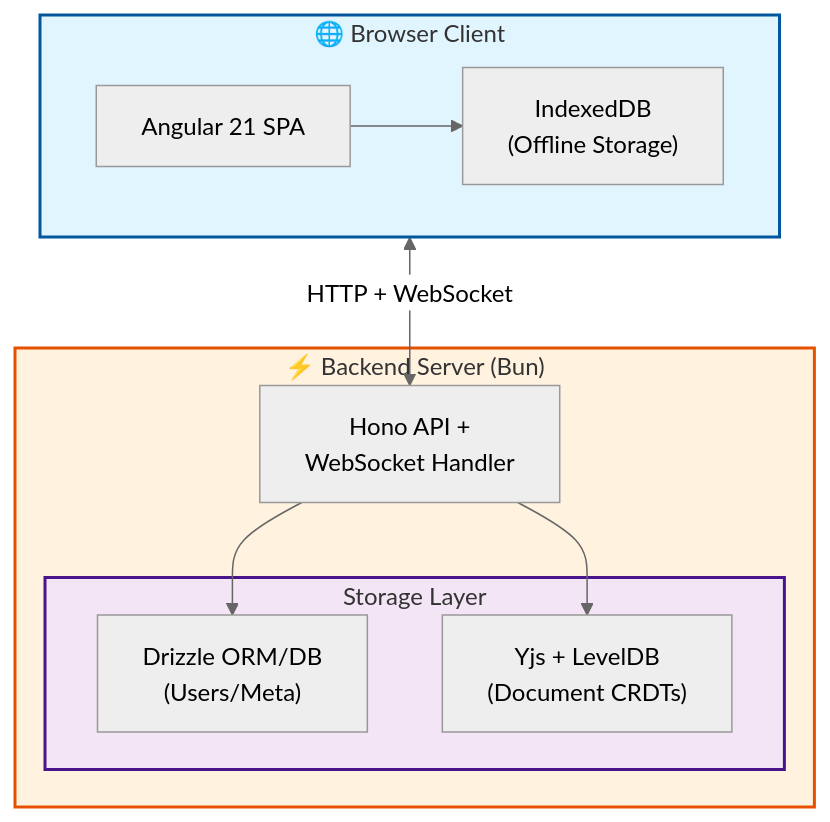
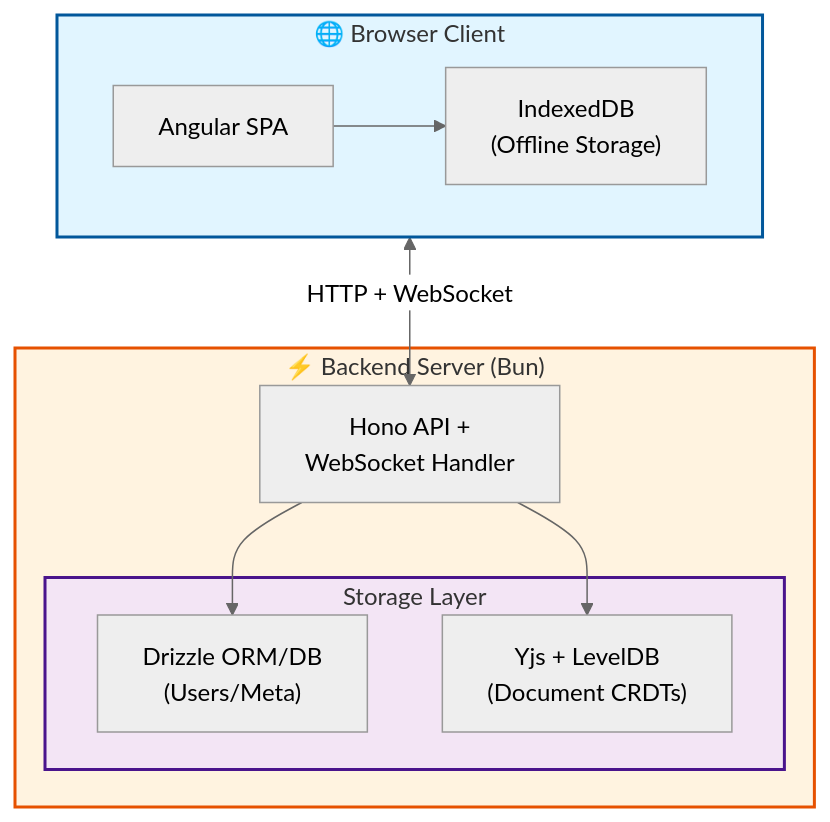
One commit to bobbyquantum/inkweld changed the first of 9 diagrams in docs/site/docs/developer/architecture.md. Above: the diagram before and after it, drawn with Mermaid. The commit also changed other lines of this file and 8 other files, not shown here.

````diff
--- a/docs/site/docs/developer/architecture.md
+++ b/docs/site/docs/developer/architecture.md
@@ -12,27 +12,27 @@
 ```mermaid
 %%{init: {'theme':'neutral'}}%%
 graph TB
     subgraph Browser["🌐 Browser Client"]
-        Angular["Angular 21 SPA"]
+        Angular["Angular SPA"]
         IndexedDB["IndexedDB<br/>(Offline Storage)"]
         Angular --> IndexedDB
     end
 
     subgraph Backend["⚡ Backend Server (Bun)"]
         Hono["Hono API +<br/>WebSocket Handler"]
 
         subgraph Storage["Storage Layer"]
             Drizzle["Drizzle ORM/DB<br/>(Users/Meta)"]
             YjsLevel["Yjs + LevelDB<br/>(Document CRDTs)"]
         end
 
         Hono --> Drizzle
         Hono --> YjsLevel
     end
 
     Browser <-->|HTTP + WebSocket| Hono
 
     style Browser fill:#e1f5ff,stroke:#01579b,stroke-width:2px
     style Backend fill:#fff3e0,stroke:#e65100,stroke-width:2px
     style Storage fill:#f3e5f5,stroke:#4a148c,stroke-width:2px
 ```
````
